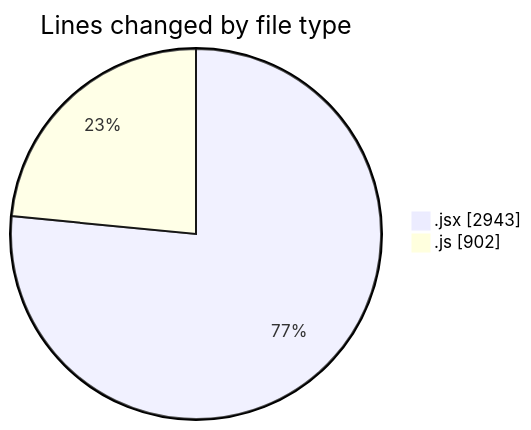
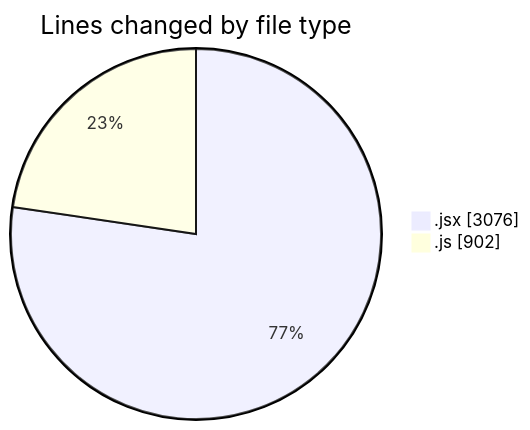
The first of 2 diagrams in 2025-09-22/nxtqube_webapp/README.md (nxtqubesakshisongat/code-tracking), drawn with Mermaid before and after one commit. The commit also changed other lines of this file and 1 other file, not shown here.

````diff
--- a/2025-09-22/nxtqube_webapp/README.md
+++ b/2025-09-22/nxtqube_webapp/README.md
@@ -22,6 +22,6 @@
 ```mermaid
 pie showData
 title Lines changed by file type
-".jsx" : 2943
+".jsx" : 3076
 ".js" : 902
 ```
````
